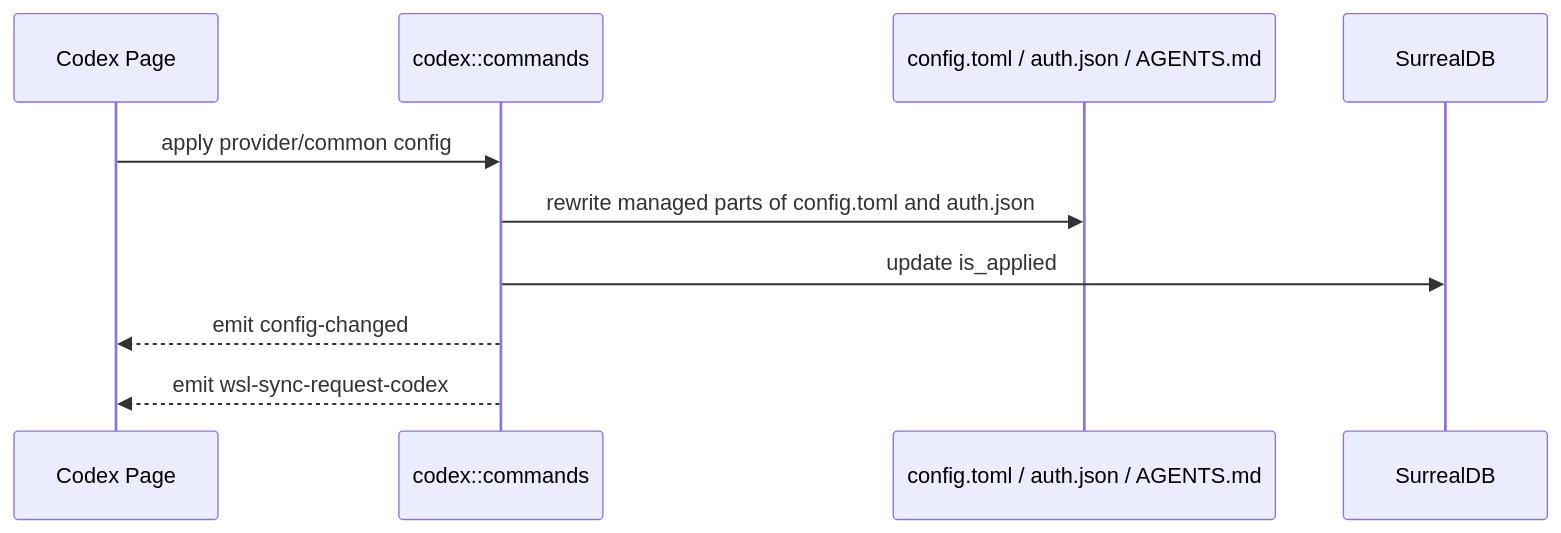
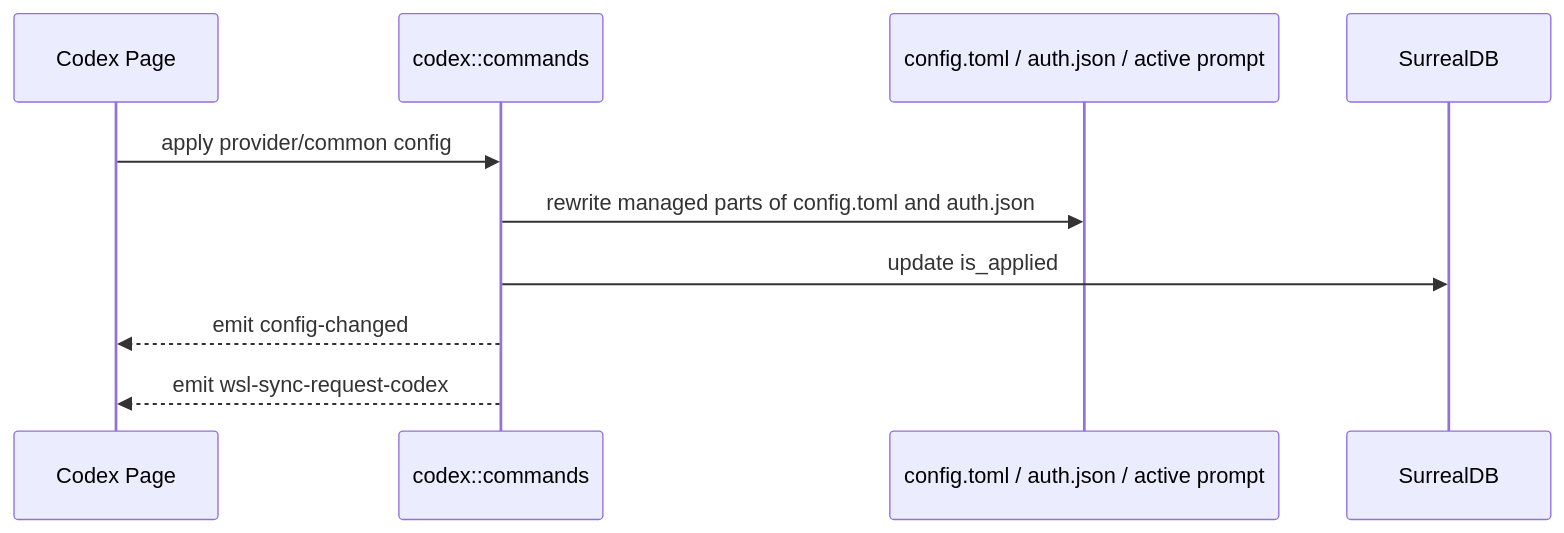
The diagram in tauri/src/coding/codex/AGENTS.md (xue-ding-e/AI-Toolbox-Next), drawn with Mermaid before and after one commit. The commit also changed other lines of this file and 10 other files, not shown here.

First line of the commit message:
feat(codex): implement active prompt resolution with override support

````diff
--- a/tauri/src/coding/codex/AGENTS.md
+++ b/tauri/src/coding/codex/AGENTS.md
@@ -22,13 +22,13 @@
 ```mermaid
 sequenceDiagram
   participant UI as Codex Page
   participant Cmd as codex::commands
-  participant File as config.toml / auth.json / AGENTS.md
+  participant File as config.toml / auth.json / active prompt
   participant DB as SurrealDB
 
   UI->>Cmd: apply provider/common config
   Cmd->>File: rewrite managed parts of config.toml and auth.json
   Cmd->>DB: update is_applied
   Cmd-->>UI: emit config-changed
   Cmd-->>UI: emit wsl-sync-request-codex
 ```
````
